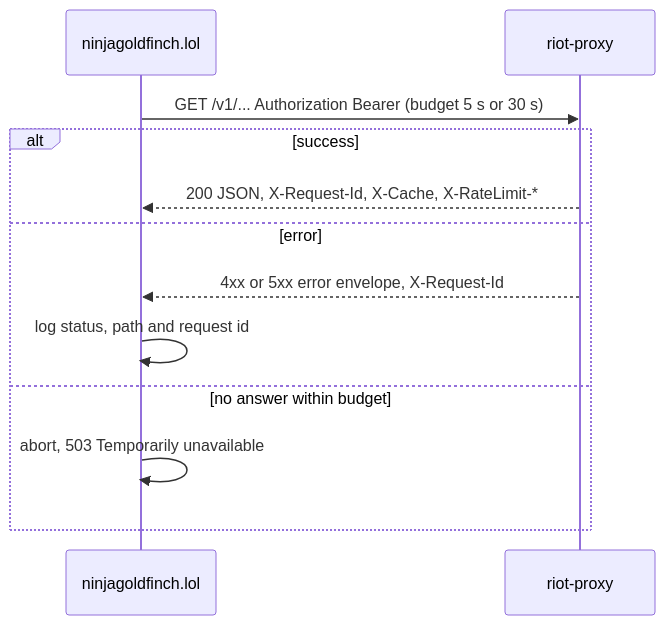
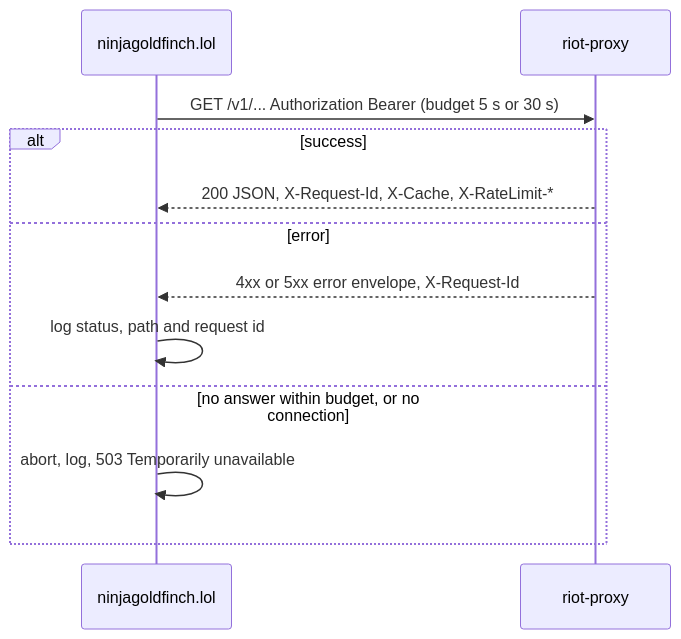
Before and after one commit to NinjaGoldfinch/ninjagoldfinch-lol: the third of 4 diagrams in docs/integration/service-communication.md, drawn with Mermaid. The commit also changed other lines of this file and 45 other files, not shown here.

````diff
--- a/docs/integration/service-communication.md
+++ b/docs/integration/service-communication.md
@@ -69,14 +69,14 @@
 ```mermaid
 sequenceDiagram
   participant Site as ninjagoldfinch.lol
   participant Proxy as riot-proxy
   Site->>Proxy: GET /v1/... Authorization Bearer (budget 5 s or 30 s)
   alt success
     Proxy-->>Site: 200 JSON, X-Request-Id, X-Cache, X-RateLimit-*
   else error
     Proxy-->>Site: 4xx or 5xx error envelope, X-Request-Id
     Site->>Site: log status, path and request id
-  else no answer within budget
-    Site->>Site: abort, 503 Temporarily unavailable
+  else no answer within budget, or no connection
+    Site->>Site: abort, log, 503 Temporarily unavailable
   end
 ```
````
